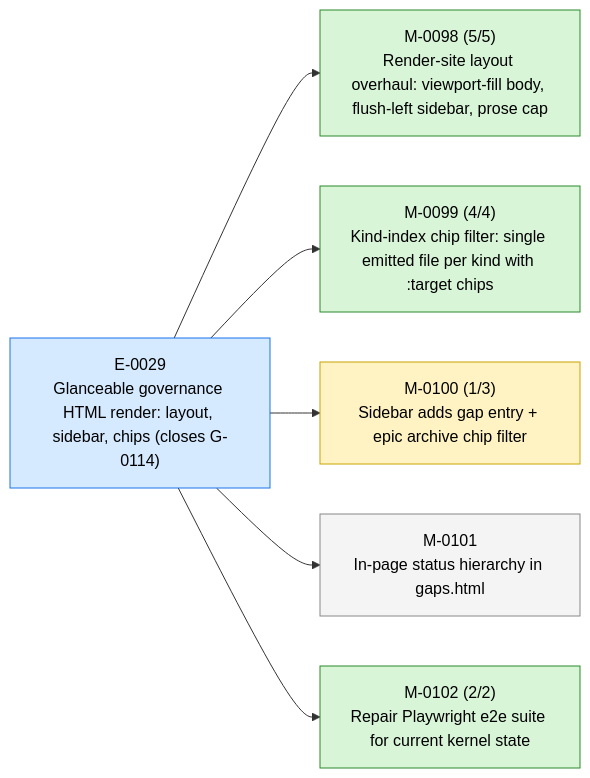
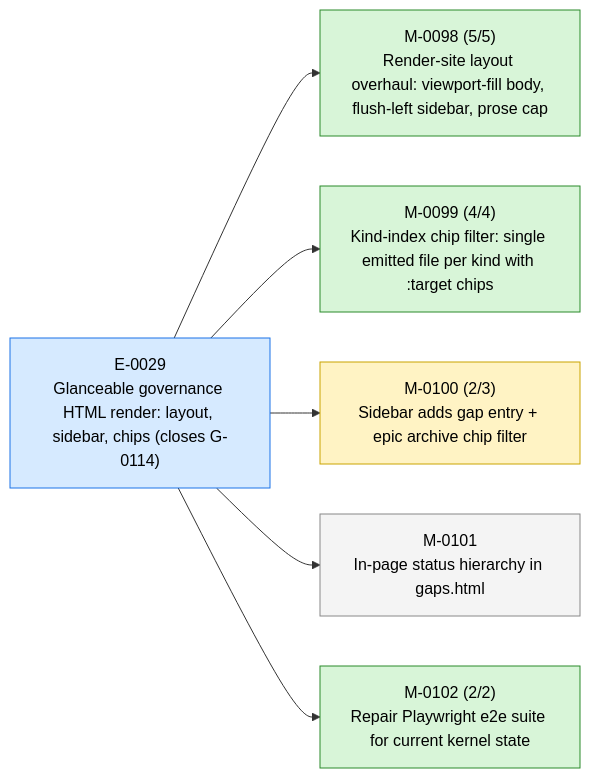
Before and after one commit to 23min/aiwf: the first of 3 diagrams in STATUS.md, drawn with Mermaid. The commit also changed other lines of this file and 1 other file, not shown here.

````diff
--- a/STATUS.md
+++ b/STATUS.md
@@ -17,20 +17,20 @@
 ```mermaid
 flowchart LR
   E_0029["E-0029<br/>Glanceable governance HTML render: layout, sidebar, chips (closes G-0114)"]:::epic_active
   M_0098["M-0098 (5/5)<br/>Render-site layout overhaul: viewport-fill body, flush-left sidebar, prose cap"]:::ms_done
   E_0029 --> M_0098
   M_0099["M-0099 (4/4)<br/>Kind-index chip filter: single emitted file per kind with :target chips"]:::ms_done
   E_0029 --> M_0099
-  M_0100["M-0100 (1/3)<br/>Sidebar adds gap entry + epic archive chip filter"]:::ms_in_progress
+  M_0100["M-0100 (2/3)<br/>Sidebar adds gap entry + epic archive chip filter"]:::ms_in_progress
   E_0029 --> M_0100
   M_0101["M-0101<br/>In-page status hierarchy in gaps.html"]:::ms_draft
   E_0029 --> M_0101
   M_0102["M-0102 (2/2)<br/>Repair Playwright e2e suite for current kernel state"]:::ms_done
   E_0029 --> M_0102
   classDef epic_active fill:#d6eaff,stroke:#1a73e8,color:#000
   classDef epic_proposed fill:#f4f4f4,stroke:#888,color:#000
   classDef ms_done fill:#d8f5d8,stroke:#2a8a2a,color:#000
   classDef ms_in_progress fill:#fff3c4,stroke:#caa400,color:#000
   classDef ms_draft fill:#f4f4f4,stroke:#888,color:#000
   classDef ms_cancelled fill:#fbeaea,stroke:#c33,color:#000
 ```
````
